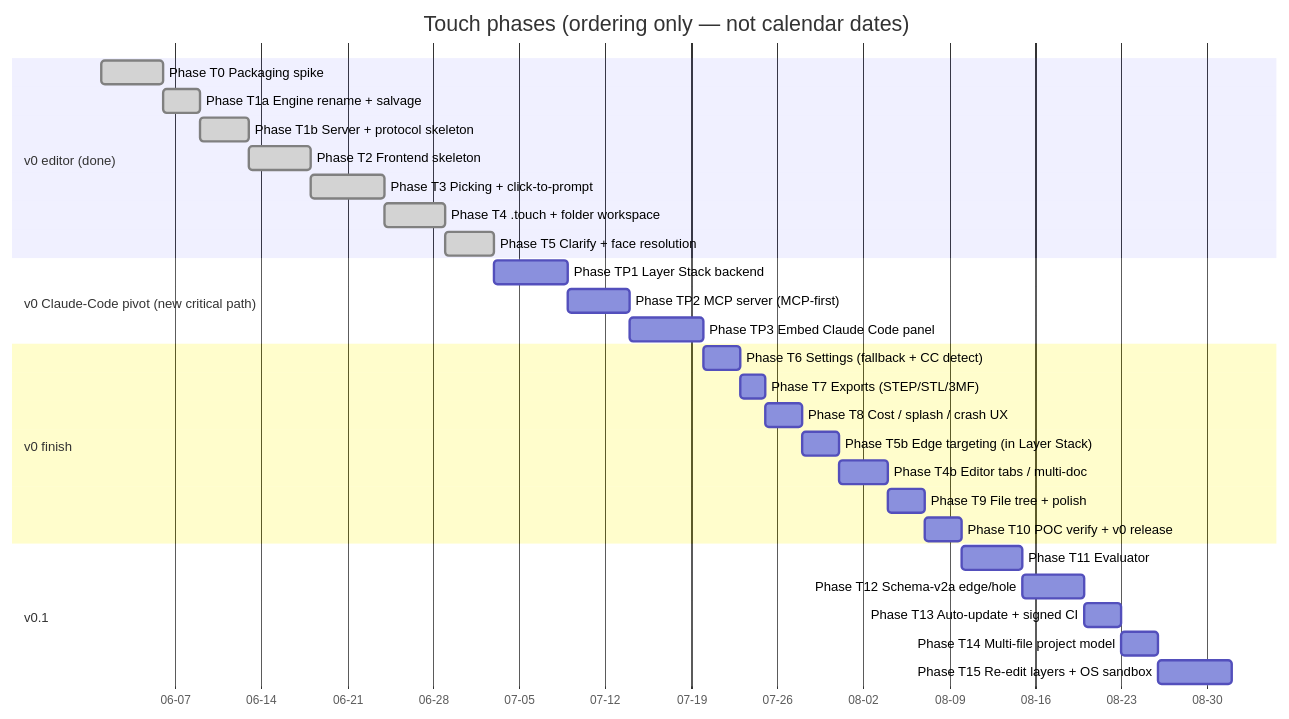
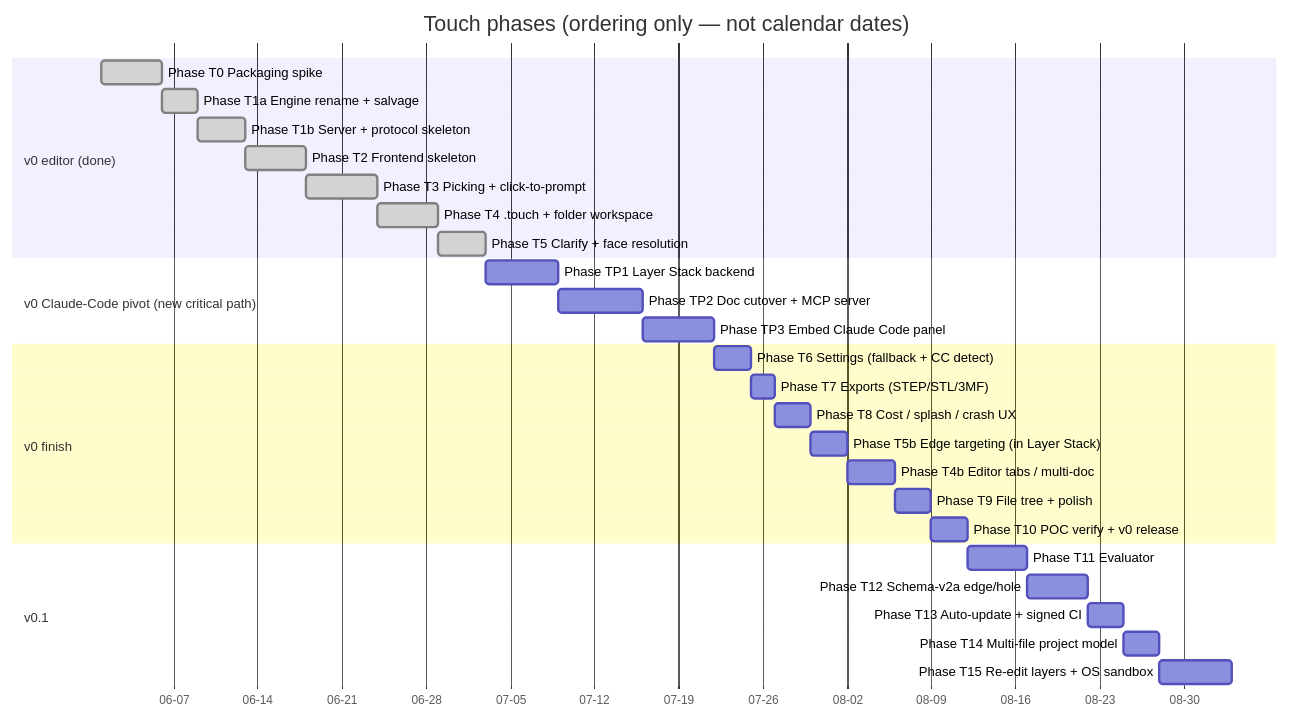
The diagram in docs/03-roadmap.md (vandpaolo/touch), drawn with Mermaid before and after one commit. The commit also changed other lines of this file, not shown here.

First line of the commit message:
docs(roadmap): re-sequence TP1→TP2→TP3 per bridge re-scope (blocker)

````diff
--- a/docs/03-roadmap.md
+++ b/docs/03-roadmap.md
@@ -39,32 +39,32 @@
 ```mermaid
 gantt
     title Touch phases (ordering only — not calendar dates)
     dateFormat  YYYY-MM-DD
     axisFormat  %m-%d
     section v0 editor (done)
     Phase T0   Packaging spike            :done, pT0, 2026-06-01, 5d
     Phase T1a  Engine rename + salvage    :done, pT1a, after pT0, 3d
     Phase T1b  Server + protocol skeleton :done, pT1b, after pT1a, 4d
     Phase T2   Frontend skeleton          :done, pT2, after pT1b, 5d
     Phase T3   Picking + click-to-prompt  :done, pT3, after pT2, 6d
     Phase T4   .touch + folder workspace  :done, pT4, after pT3, 5d
     Phase T5   Clarify + face resolution  :done, pT5, after pT4, 4d
     section v0 Claude-Code pivot (new critical path)
     Phase TP1  Layer Stack backend        :pTP1, after pT5, 6d
-    Phase TP2  MCP server (MCP-first)     :pTP2, after pTP1, 5d
+    Phase TP2  Doc cutover + MCP server   :pTP2, after pTP1, 7d
     Phase TP3  Embed Claude Code panel    :pTP3, after pTP2, 6d
     section v0 finish
     Phase T6   Settings (fallback + CC detect) :pT6, after pTP3, 3d
     Phase T7   Exports (STEP/STL/3MF)     :pT7, after pT6, 2d
     Phase T8   Cost / splash / crash UX   :pT8, after pT7, 3d
     Phase T5b  Edge targeting (in Layer Stack) :pT5b, after pT8, 3d
     Phase T4b  Editor tabs / multi-doc    :pT4b, after pT5b, 4d
     Phase T9   File tree + polish         :pT9, after pT4b, 3d
     Phase T10  POC verify + v0 release    :pT10, after pT9, 3d
     section v0.1
     Phase T11  Evaluator                  :pT11, after pT10, 5d
     Phase T12  Schema-v2a edge/hole       :pT12, after pT11, 5d
     Phase T13  Auto-update + signed CI    :pT13, after pT12, 3d
     Phase T14  Multi-file project model   :pT14, after pT13, 3d
     Phase T15  Re-edit layers + OS sandbox :pT15, after pT14, 6d
 ```
````
